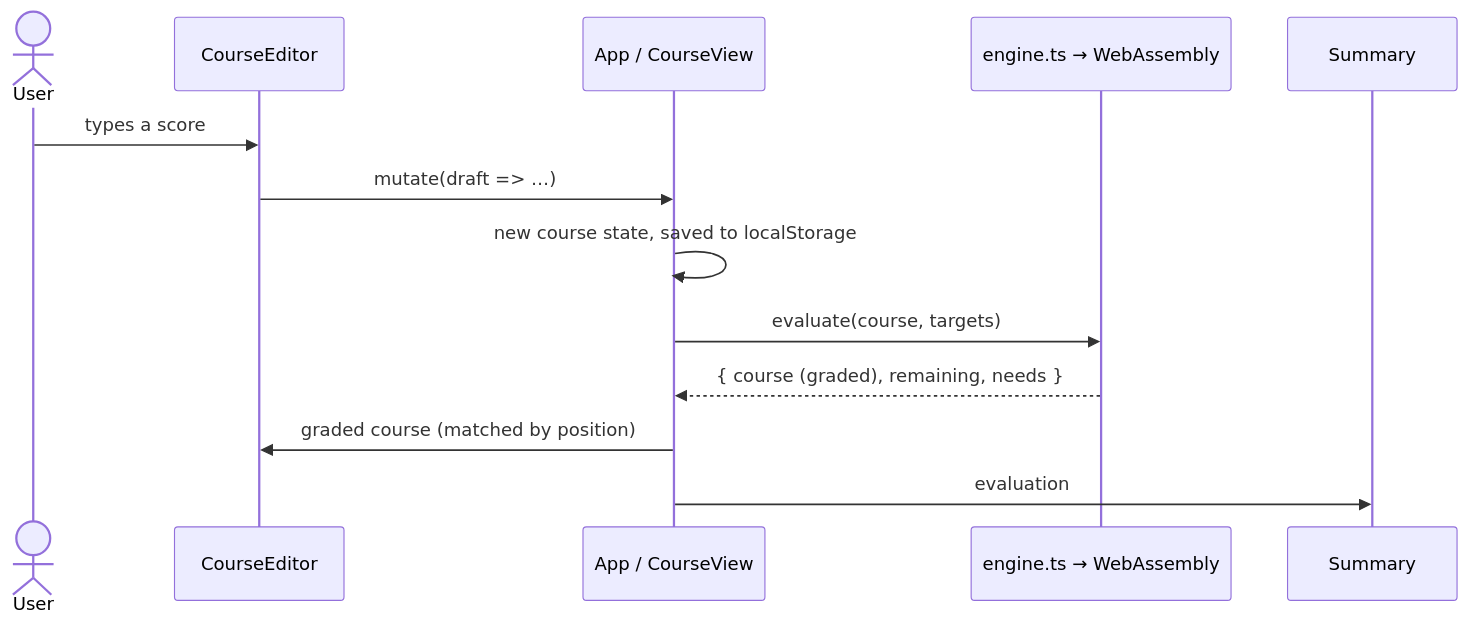
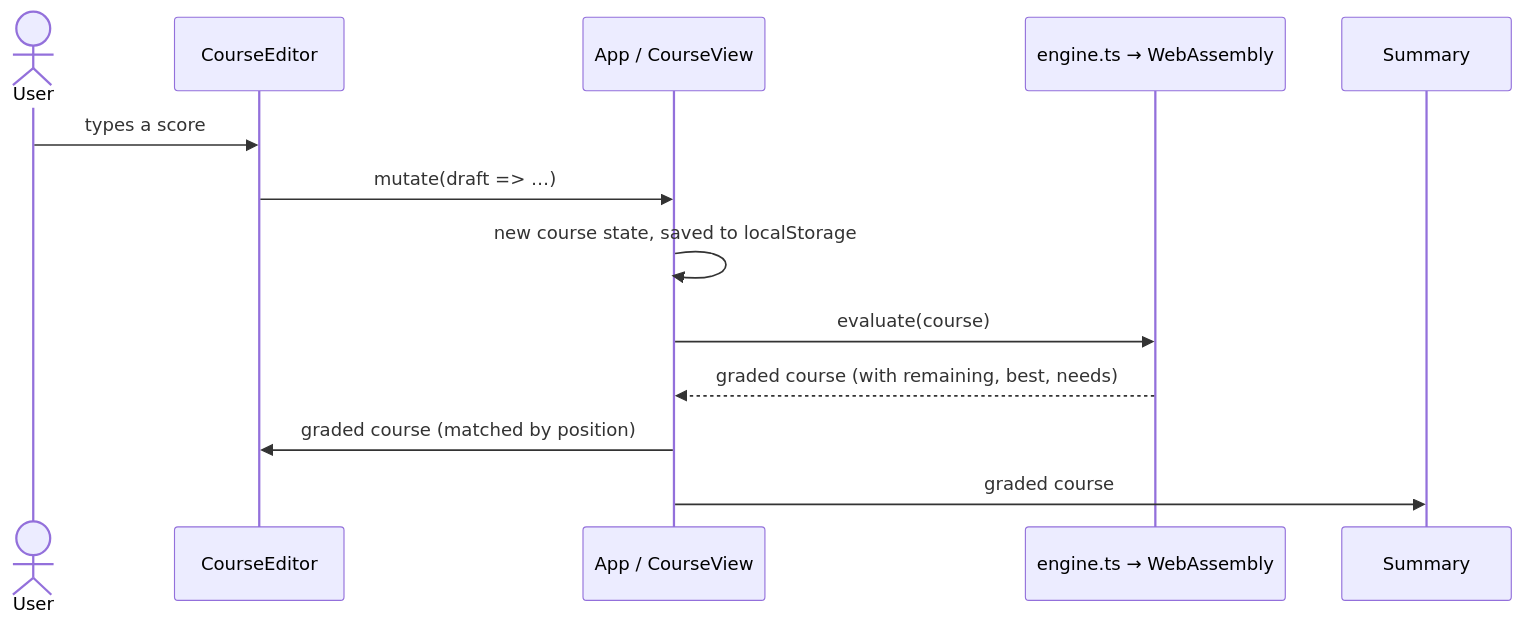
The sixth of 8 diagrams in docs/uml.md (Patman1O1/grade-calculator), drawn with Mermaid before and after one commit. The commit also changed other lines of this file and 11 other files, not shown here.

First line of the commit message:
Base the engine on Item, Category, Course, Status, Scale and Scheme only

````diff
--- a/docs/uml.md
+++ b/docs/uml.md
@@ -308,14 +267,14 @@
 ```mermaid
 sequenceDiagram
   actor User
   participant Editor as CourseEditor
   participant App as App / CourseView
   participant Engine as engine.ts → WebAssembly
   User->>Editor: types a score
   Editor->>App: mutate(draft => …)
   App->>App: new course state, saved to localStorage
-  App->>Engine: evaluate(course, targets)
-  Engine-->>App: { course (graded), remaining, needs }
+  App->>Engine: evaluate(course)
+  Engine-->>App: graded course (with remaining, best, needs)
   App->>Editor: graded course (matched by position)
-  App->>Summary: evaluation
+  App->>Summary: graded course
 ```
````
